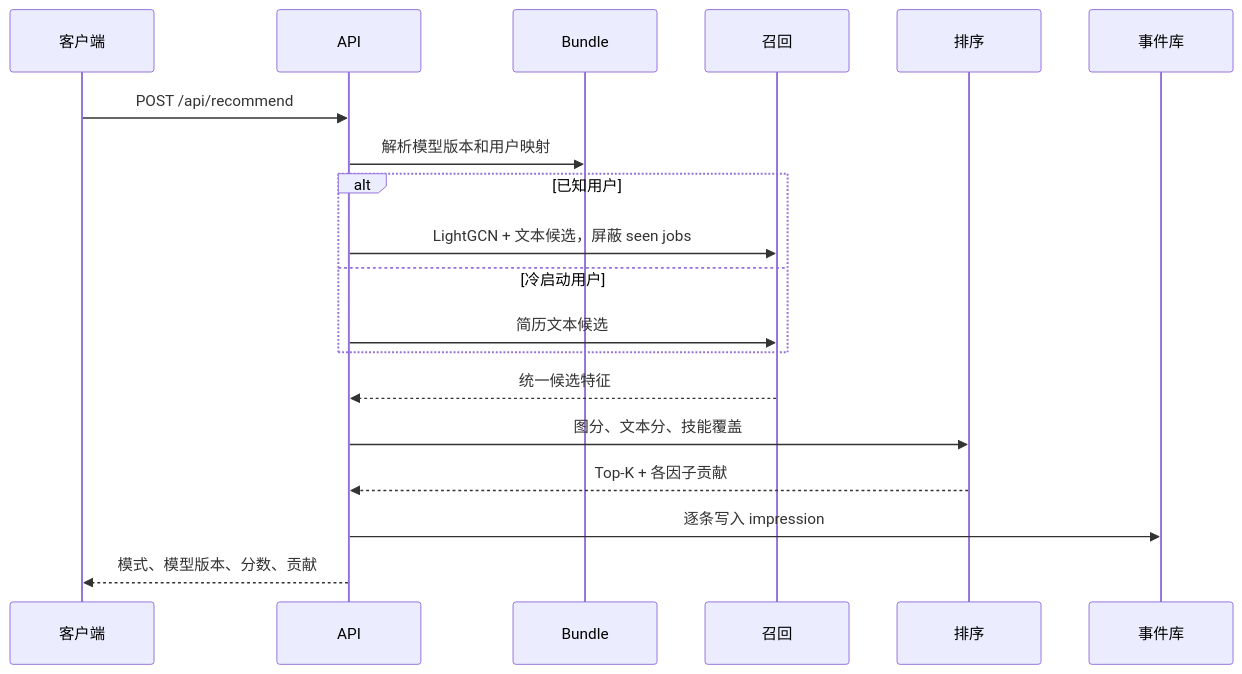
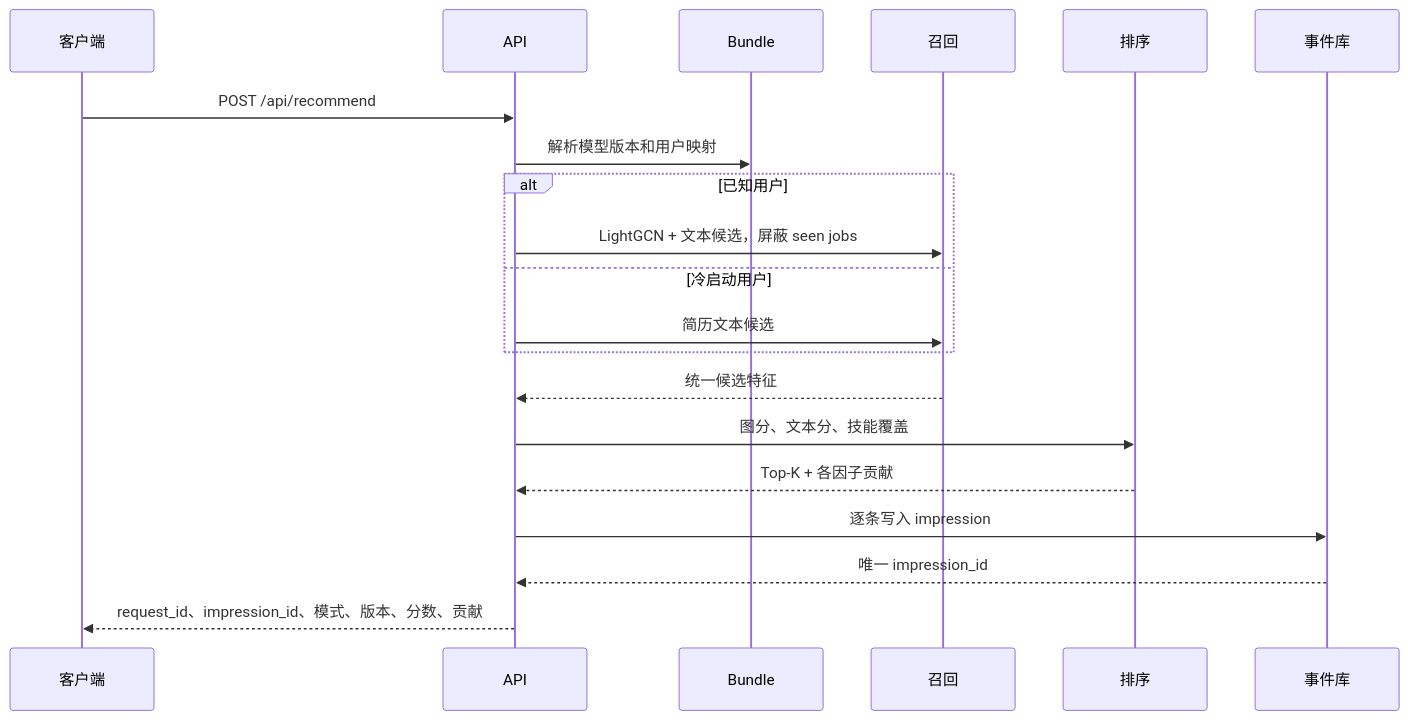
Before and after one commit to Nocturne228/Job_rec_sys_base_KG: the fourth of 5 diagrams in docs/architecture.md, drawn with Mermaid. The commit also changed other lines of this file and 24 other files, not shown here.

````diff
--- a/docs/architecture.md
+++ b/docs/architecture.md
@@ -85,21 +118,22 @@
 ```mermaid
 sequenceDiagram
   participant Client as 客户端
   participant API
   participant Bundle
   participant Recall as 召回
   participant Ranker as 排序
   participant Events as 事件库
   Client->>API: POST /api/recommend
   API->>Bundle: 解析模型版本和用户映射
   alt 已知用户
     API->>Recall: LightGCN + 文本候选，屏蔽 seen jobs
   else 冷启动用户
     API->>Recall: 简历文本候选
   end
   Recall-->>API: 统一候选特征
   API->>Ranker: 图分、文本分、技能覆盖
   Ranker-->>API: Top-K + 各因子贡献
   API->>Events: 逐条写入 impression
-  API-->>Client: 模式、模型版本、分数、贡献
+  Events-->>API: 唯一 impression_id
+  API-->>Client: request_id、impression_id、模式、版本、分数、贡献
 ```
````
